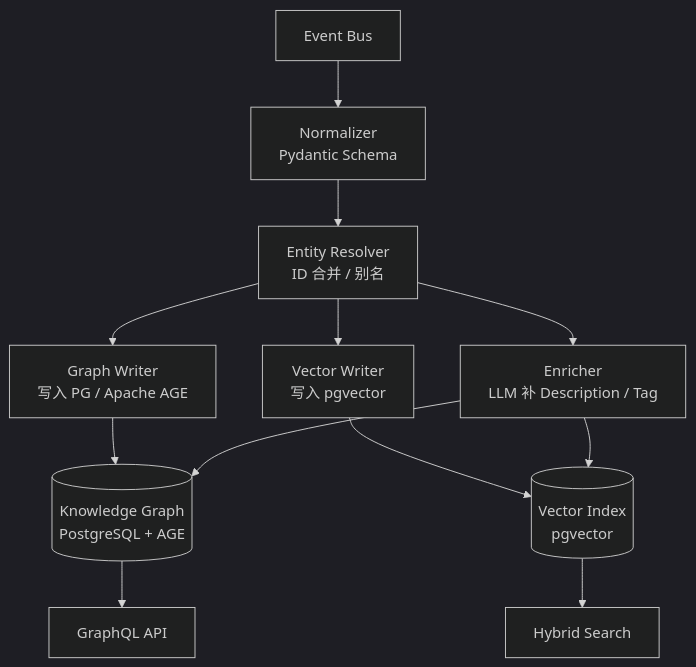
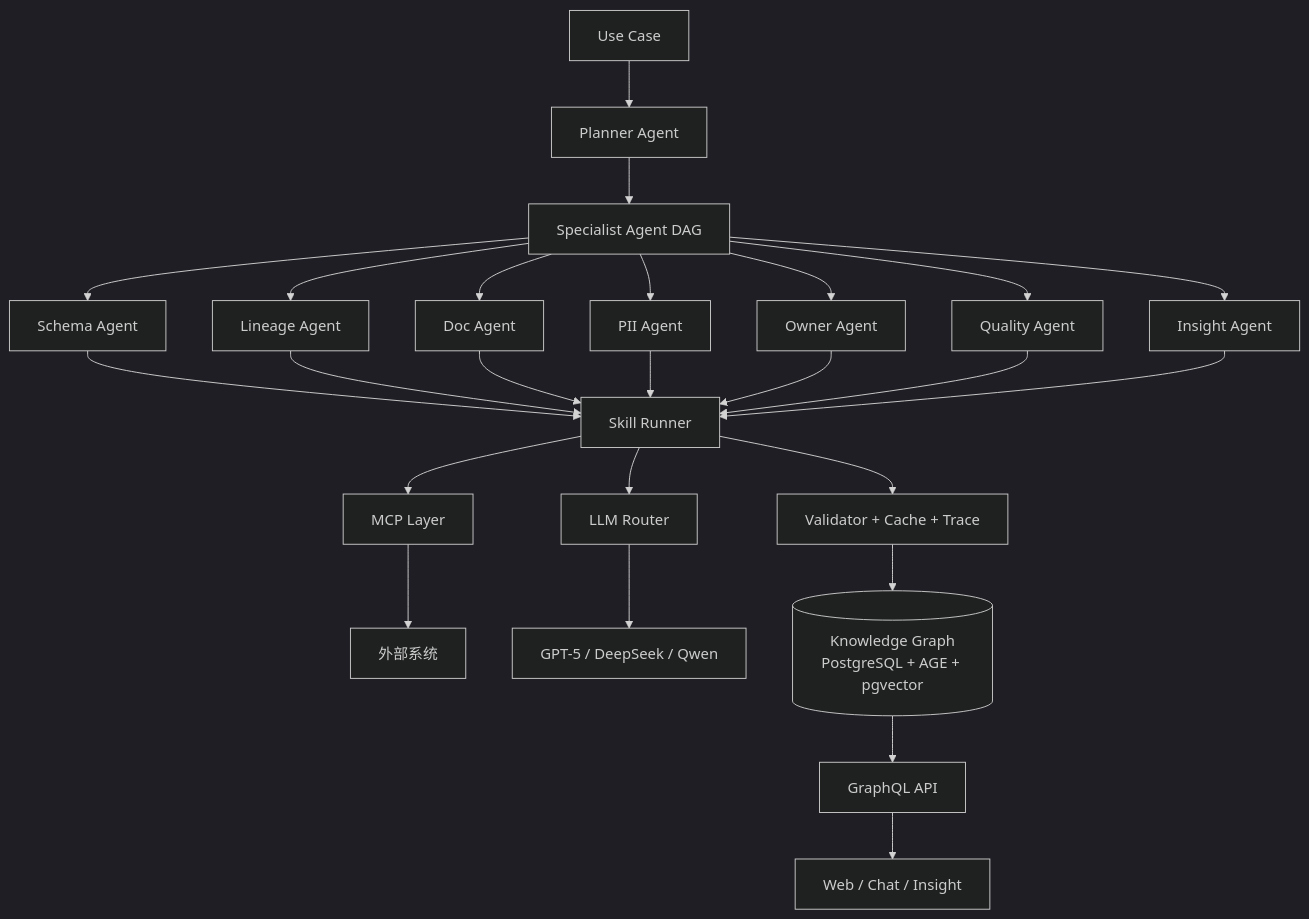
Before and after one commit to gavenlv/idm: the fifth of 8 diagrams in docs/design/architecture.md, drawn with Mermaid (dark theme). The commit also changed other lines of this file and 92 other files, not shown here.

Commit message:
M1 S1.1: foundation scaffolding (monorepo + idm-api + idm-kg + alembic + web)

````diff
--- a/docs/design/architecture.md
+++ b/docs/design/architecture.md
@@ -203,14 +250,27 @@
 ```mermaid
 flowchart TB
-    A[Event Bus] --> B[Normalizer<br/>Pydantic Schema]
-    B --> C[Entity Resolver<br/>ID 合并 / 别名]
-    C --> D[Graph Writer<br/>写入 PG / Apache AGE]
-    C --> E[Vector Writer<br/>写入 pgvector]
-    C --> F[Enricher<br/>LLM 补 Description / Tag]
-    D --> G[(Knowledge Graph<br/>PostgreSQL + AGE)]
-    E --> H[(Vector Index<br/>pgvector)]
-    F --> G
-    F --> H
-    G --> I[GraphQL API]
-    H --> J[Hybrid Search]
+    A[Use Case] --> B[Planner Agent]
+    B --> C[Specialist Agent DAG]
+    C --> D1[Schema Agent]
+    C --> D2[Lineage Agent]
+    C --> D3[Doc Agent]
+    C --> D4[PII Agent]
+    C --> D5[Owner Agent]
+    C --> D6[Quality Agent]
+    C --> D7[Insight Agent]
+    D1 --> E[Skill Runner]
+    D2 --> E
+    D3 --> E
+    D4 --> E
+    D5 --> E
+    D6 --> E
+    D7 --> E
+    E --> F[MCP Layer]
+    E --> G[LLM Router]
+    F --> H[外部系统]
+    G --> I[GPT-5 / DeepSeek / Qwen]
+    E --> J[Validator + Cache + Trace]
+    J --> K[(Knowledge Graph<br/>PostgreSQL + AGE + pgvector)]
+    K --> L[GraphQL API]
+    L --> M[Web / Chat / Insight]
 ```
````
